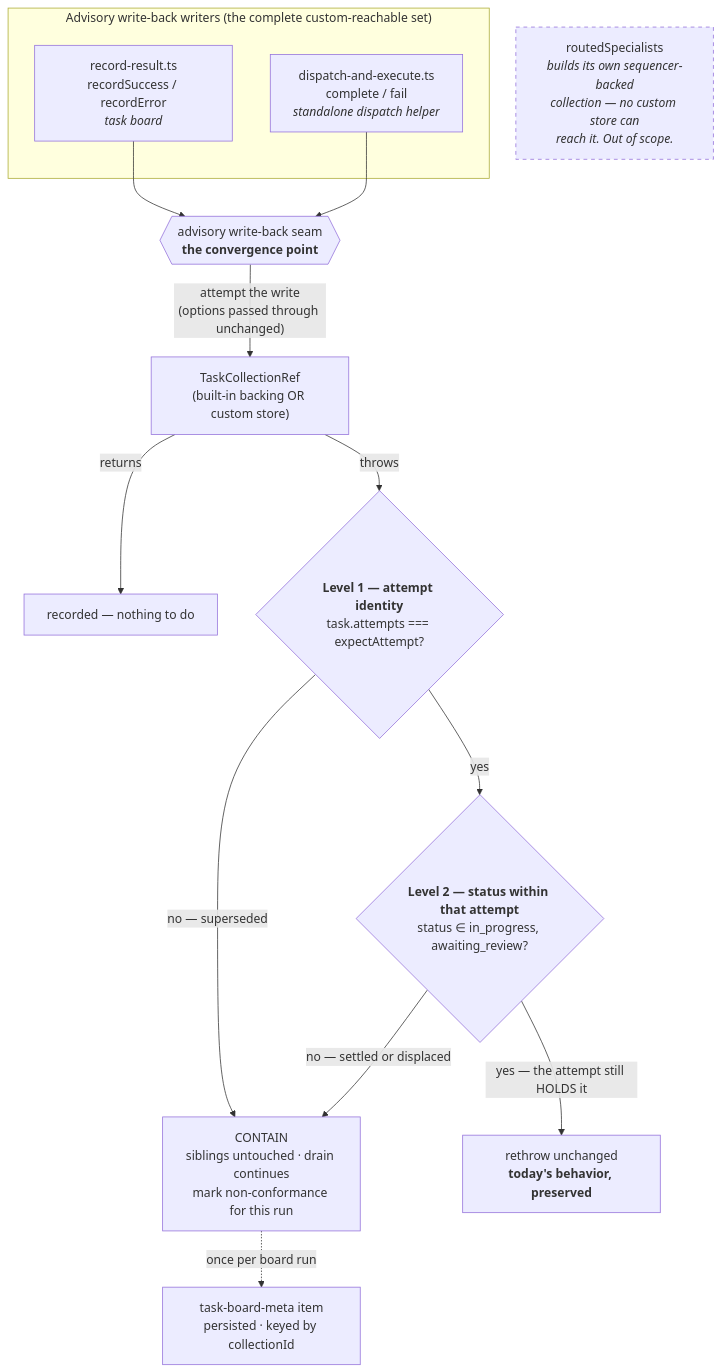
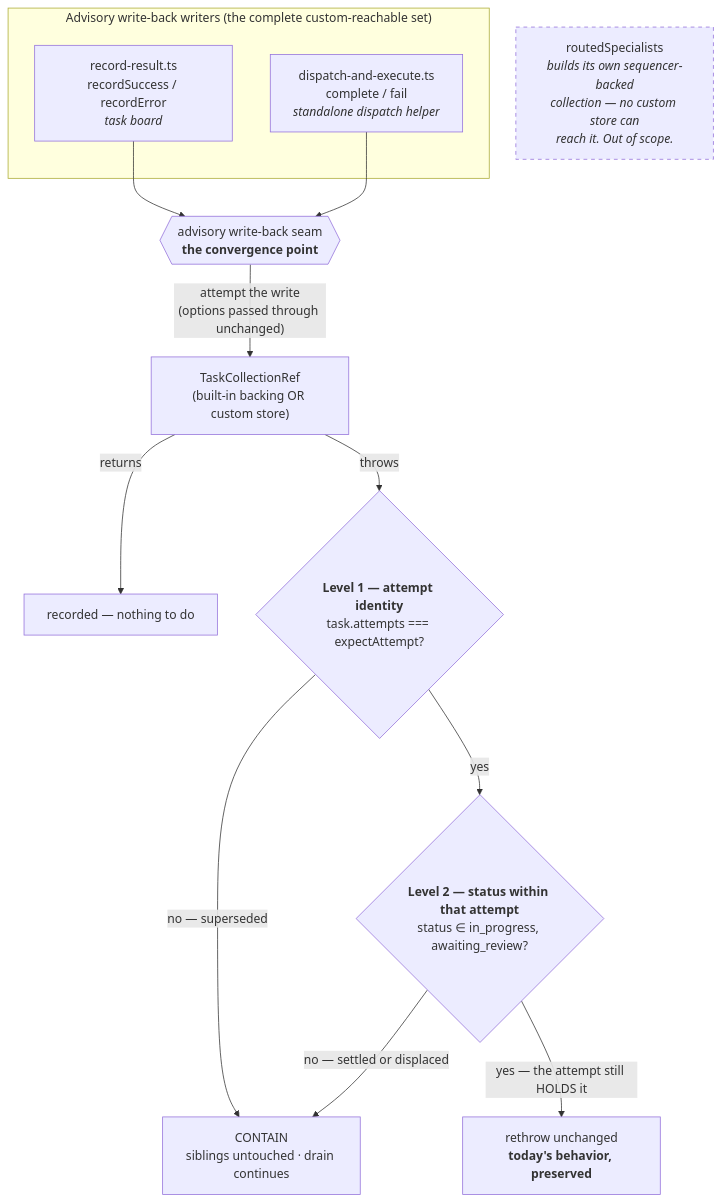
Before and after one commit to fixpoint-labs/flow-state-dev: the diagram in docs/specs/FIX-964.md, drawn with Mermaid. The commit also changed other lines of this file, not shown here.

````diff
--- a/docs/specs/FIX-964.md
+++ b/docs/specs/FIX-964.md
@@ -157,24 +156,22 @@
 ```mermaid
 flowchart TD
   subgraph writers["Advisory write-back writers (the complete custom-reachable set)"]
     RS["record-result.ts<br/>recordSuccess / recordError<br/><i>task board</i>"]
     DE["dispatch-and-execute.ts<br/>complete / fail<br/><i>standalone dispatch helper</i>"]
   end
 
   SEAM{{"advisory write-back seam<br/><b>the convergence point</b>"}}
   RS --> SEAM
   DE --> SEAM
 
   SEAM -->|"attempt the write<br/>(options passed through unchanged)"| REF["TaskCollectionRef<br/>(built-in backing OR custom store)"]
   REF -->|returns| OK["recorded — nothing to do"]
   REF -->|throws| L1{"<b>Level 1 — attempt identity</b><br/>task.attempts === expectAttempt?"}
   L1 -->|"no — superseded"| CONTAIN
   L1 -->|yes| L2{"<b>Level 2 — status within that attempt</b><br/>status ∈ in_progress, awaiting_review?"}
   L2 -->|"yes — the attempt still HOLDS it"| RETHROW["rethrow unchanged<br/><b>today's behavior, preserved</b>"]
-  L2 -->|"no — settled or displaced"| CONTAIN["CONTAIN<br/>siblings untouched · drain continues<br/>mark non-conformance for this run"]
-
-  CONTAIN -.->|"once per board run"| META["task-board-meta item<br/>persisted · keyed by collectionId"]
+  L2 -->|"no — settled or displaced"| CONTAIN["CONTAIN<br/>siblings untouched · drain continues"]
 
   EXCL["routedSpecialists<br/><i>builds its own sequencer-backed<br/>collection — no custom store can<br/>reach it. Out of scope.</i>"]
   style EXCL stroke-dasharray: 5 5
 ```
````
